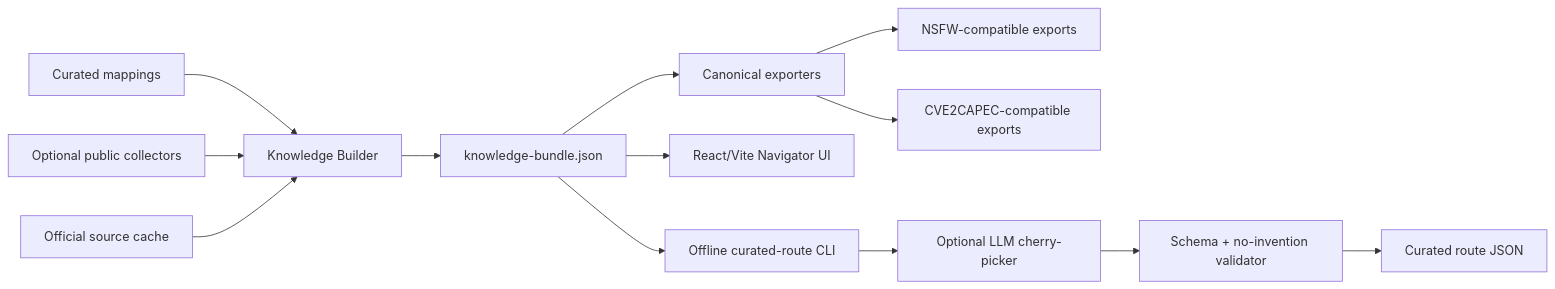
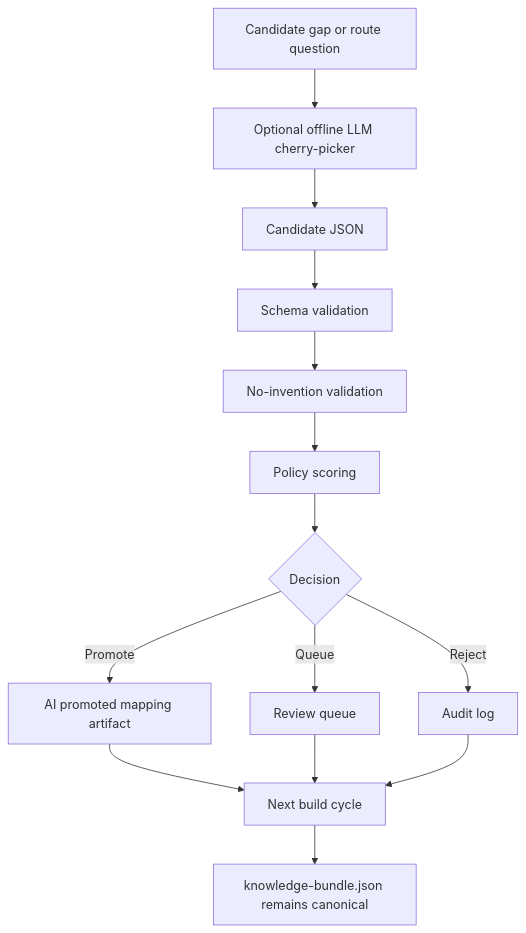
Before and after one commit to vPabloA/attack2defend: the fourth of 5 diagrams in README.md, drawn with Mermaid. The commit also changed other lines of this file, not shown here.

````diff
--- a/README.md
+++ b/README.md
@@ -29,15 +202,16 @@
 ```mermaid
-flowchart LR
-    A[Curated mappings] --> D[Knowledge Builder]
-    B[Optional public collectors] --> D
-    C[Official source cache] --> D
-    D --> E[knowledge-bundle.json]
-    E --> F[Canonical exporters]
-    F --> G[NSFW-compatible exports]
-    F --> H[CVE2CAPEC-compatible exports]
-    E --> I[React/Vite Navigator UI]
-    E --> J[Offline curated-route CLI]
-    J --> K[Optional LLM cherry-picker]
-    K --> L[Schema + no-invention validator]
-    L --> M[Curated route JSON]
+flowchart TB
+    A[Candidate gap or route question] --> B[Optional offline LLM cherry-picker]
+    B --> C[Candidate JSON]
+    C --> D[Schema validation]
+    D --> E[No-invention validation]
+    E --> F[Policy scoring]
+    F --> G{Decision}
+    G -->|Promote| H[AI promoted mapping artifact]
+    G -->|Queue| I[Review queue]
+    G -->|Reject| J[Audit log]
+    H --> K[Next build cycle]
+    I --> K
+    J --> K
+    K --> L[knowledge-bundle.json remains canonical]
 ```
````
